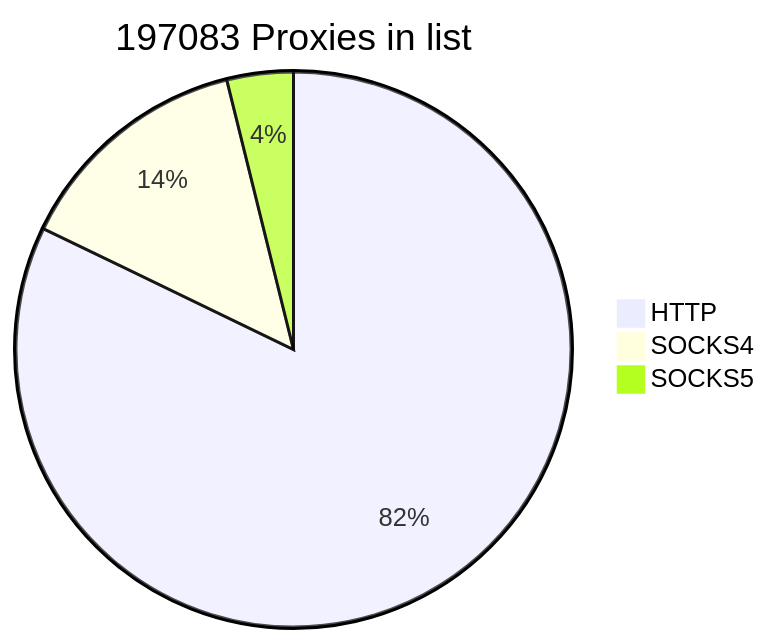
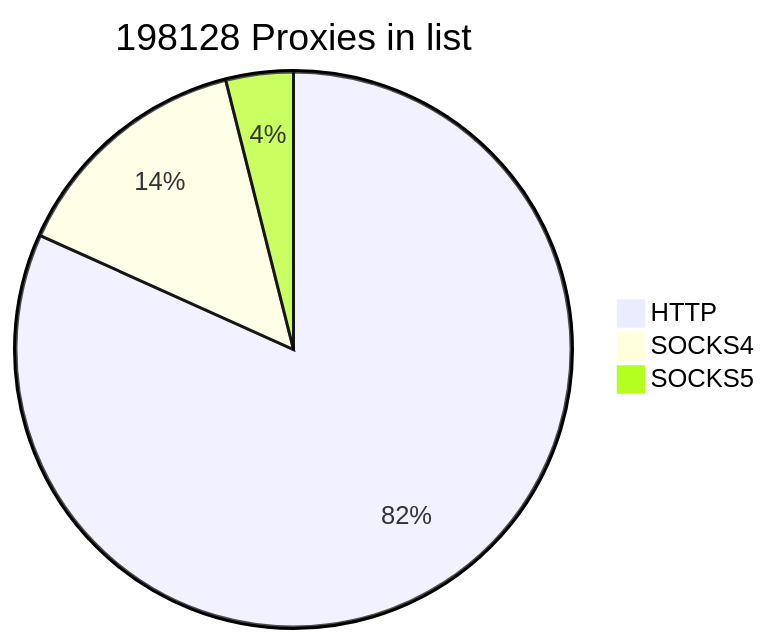
One commit to cutipu/proxylist changed the first of 2 diagrams in README.md. Above: the diagram before and after it, drawn with Mermaid. The commit also changed other lines of this file, not shown here.

````diff
--- a/README.md
+++ b/README.md
@@ -2,7 +2,7 @@
 ```mermaid
-pie title 197083 Proxies in list
-    "HTTP" : 161930
-    "SOCKS4" : 27541
-    "SOCKS5" : 7612
+pie title 198128 Proxies in list
+    "HTTP" : 161929
+    "SOCKS4" : 28424
+    "SOCKS5" : 7775
             
 ```
````
